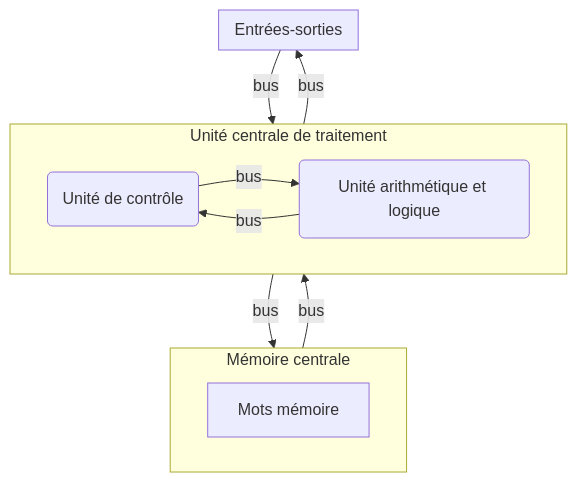
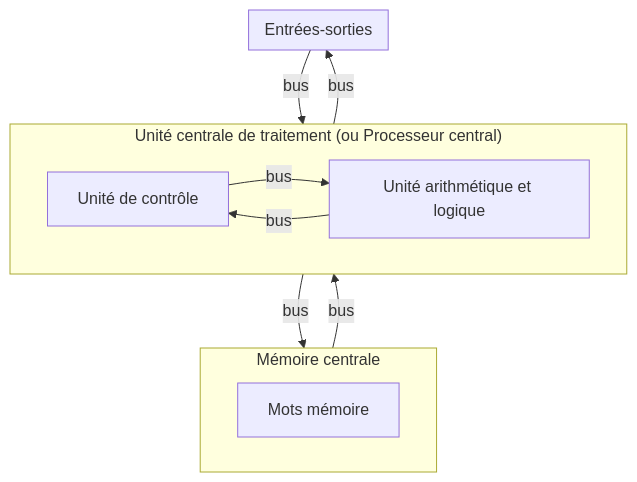
One commit to boddaert/nsi changed the diagram in première/Architecture_des_machines/Modèle_Von_Neumann.md. Above: the diagram before and after it, drawn with Mermaid.

````diff
--- a/première/Architecture_des_machines/Modèle_Von_Neumann.md
+++ b/première/Architecture_des_machines/Modèle_Von_Neumann.md
@@ -23,21 +23,21 @@
 ```mermaid
 flowchart TB
     
-    subgraph a["Unité centrale de traitement"]
-        b("Unité de contrôle") -- bus --> c("Unité arithmétique et logique")
+    subgraph a["Unité centrale de traitement (ou Processeur central)"]
+        b["Unité de contrôle"] -- bus --> c["Unité arithmétique et logique"]
         c -- bus --> b
     end
 
     subgraph d["Mémoire centrale"]
         f["Mots mémoire"]
     end
     
 
     subgraph e["Entrées-sorties"]
     end
 
     a -- bus --> d
     d -- bus --> a
     e -- bus --> a
     a -- bus --> e
 ```
````
